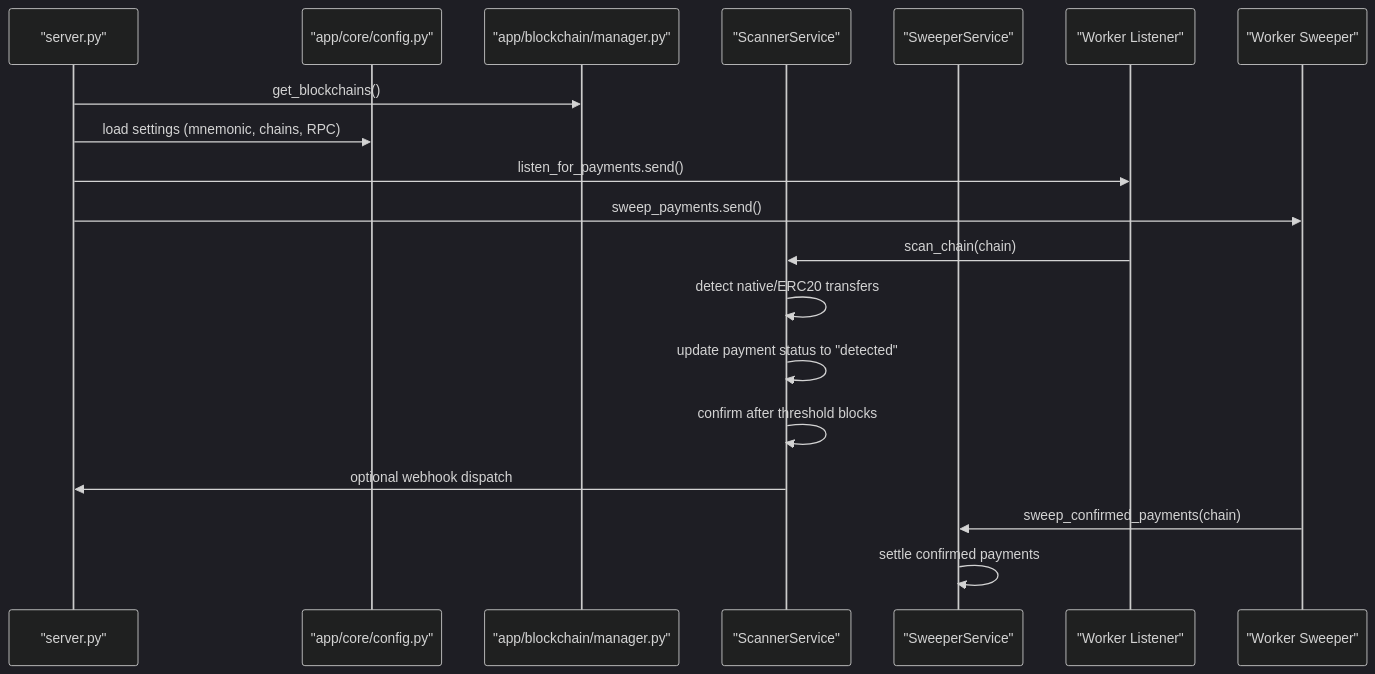
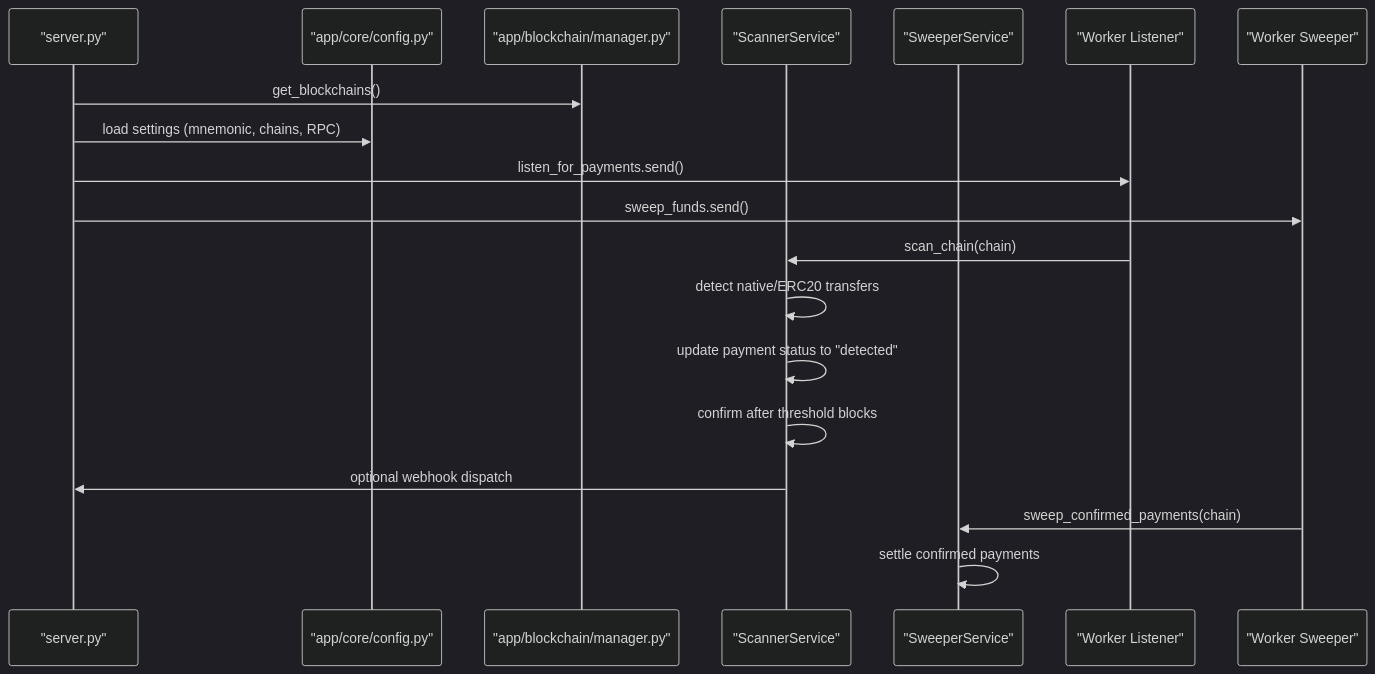
Before and after one commit to rakibhossain72/ctrip-docs: the second of 10 diagrams in docs/project-overview/key-features-and-capabilities.md, drawn with Mermaid (dark theme). The commit also changed other lines of this file and 25 other files, not shown here.

````diff
--- a/docs/project-overview/key-features-and-capabilities.md
+++ b/docs/project-overview/key-features-and-capabilities.md
@@ -179,21 +179,21 @@
 ```mermaid
 sequenceDiagram
 participant Boot as "server.py"
 participant Cfg as "app/core/config.py"
 participant BC as "app/blockchain/manager.py"
 participant Scan as "ScannerService"
 participant Swp as "SweeperService"
 participant WK1 as "Worker Listener"
 participant WK2 as "Worker Sweeper"
 Boot->>BC : get_blockchains()
 Boot->>Cfg : load settings (mnemonic, chains, RPC)
 Boot->>WK1 : listen_for_payments.send()
-Boot->>WK2 : sweep_payments.send()
+Boot->>WK2 : sweep_funds.send()
 WK1->>Scan : scan_chain(chain)
 Scan->>Scan : detect native/ERC20 transfers
 Scan->>Scan : update payment status to "detected"
 Scan->>Scan : confirm after threshold blocks
 Scan->>Boot : optional webhook dispatch
 WK2->>Swp : sweep_confirmed_payments(chain)
 Swp->>Swp : settle confirmed payments
 ```
````
